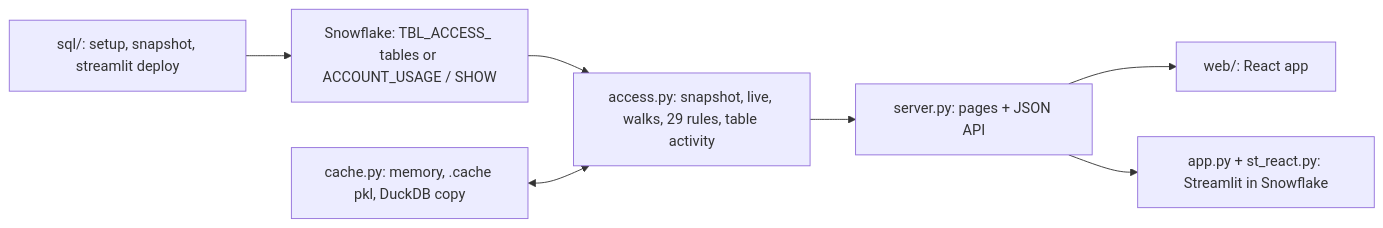
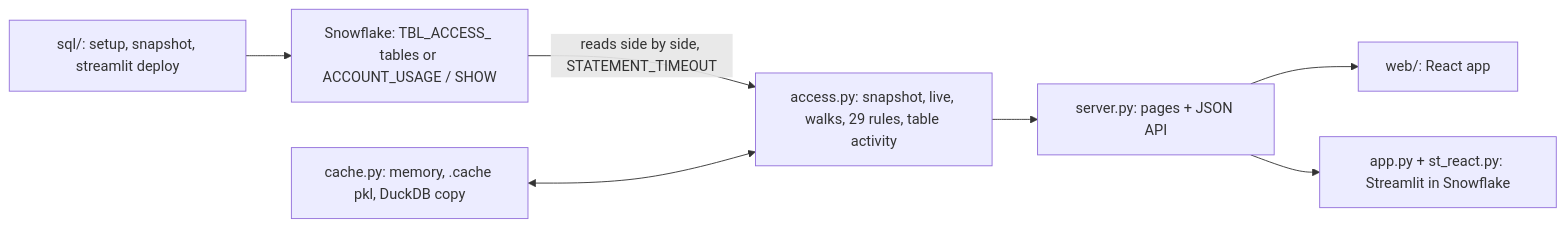
Before and after one commit to darshanmeel/snowflake-access-explorer: the diagram in snowflake-access-explorer-knowledge-graph/index.md, drawn with Mermaid. The commit also changed other lines of this file and 79 other files, not shown here.

Commit message:
Knowledge graph: STATEMENT_TIMEOUT, WORKERS, ACTIVITY, HIERARCHY, progress lines, shared ACCESS_HISTORY read, procedure batching; node lines re-synced

````diff
--- a/snowflake-access-explorer-knowledge-graph/index.md
+++ b/snowflake-access-explorer-knowledge-graph/index.md
@@ -8,9 +8,9 @@
 ```mermaid
 flowchart LR
-  SF[Snowflake: TBL_ACCESS_ tables or ACCOUNT_USAGE / SHOW] --> ACC[access.py: snapshot, live, walks, 29 rules, table activity]
+  SF[Snowflake: TBL_ACCESS_ tables or ACCOUNT_USAGE / SHOW] -->|reads side by side, STATEMENT_TIMEOUT| ACC[access.py: snapshot, live, walks, 29 rules, table activity]
   CACHE[cache.py: memory, .cache pkl, DuckDB copy] <--> ACC
   ACC --> SRV[server.py: pages + JSON API]
   SRV --> WEB[web/: React app]
   SRV --> ST[app.py + st_react.py: Streamlit in Snowflake]
   SQL[sql/: setup, snapshot, streamlit deploy] --> SF
 ```
````
